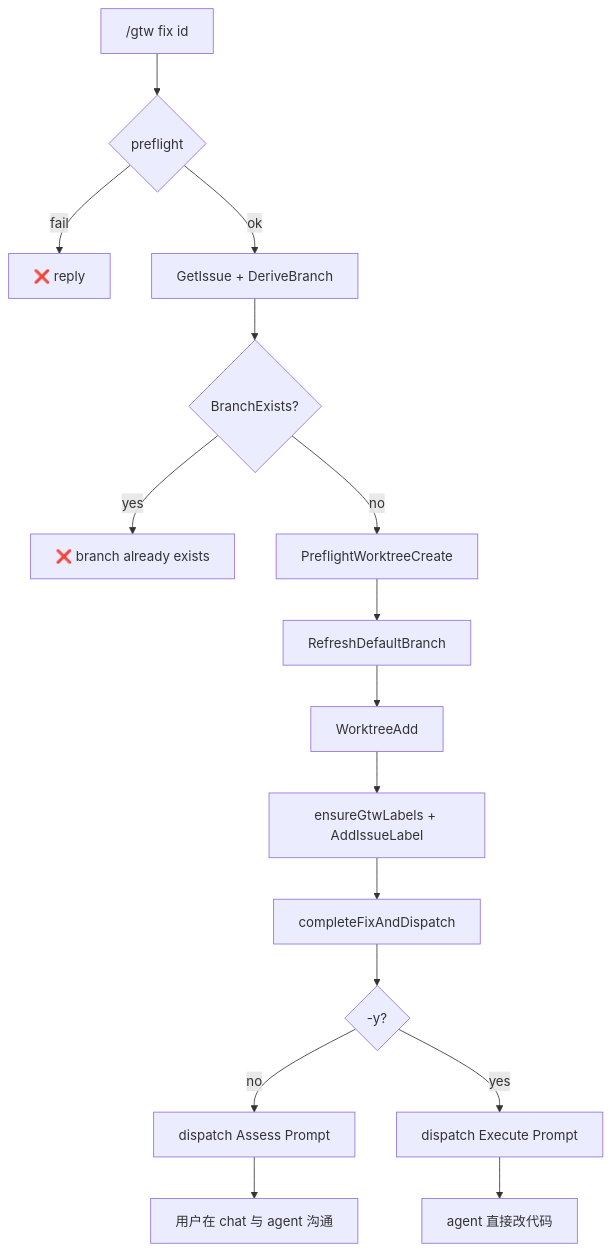
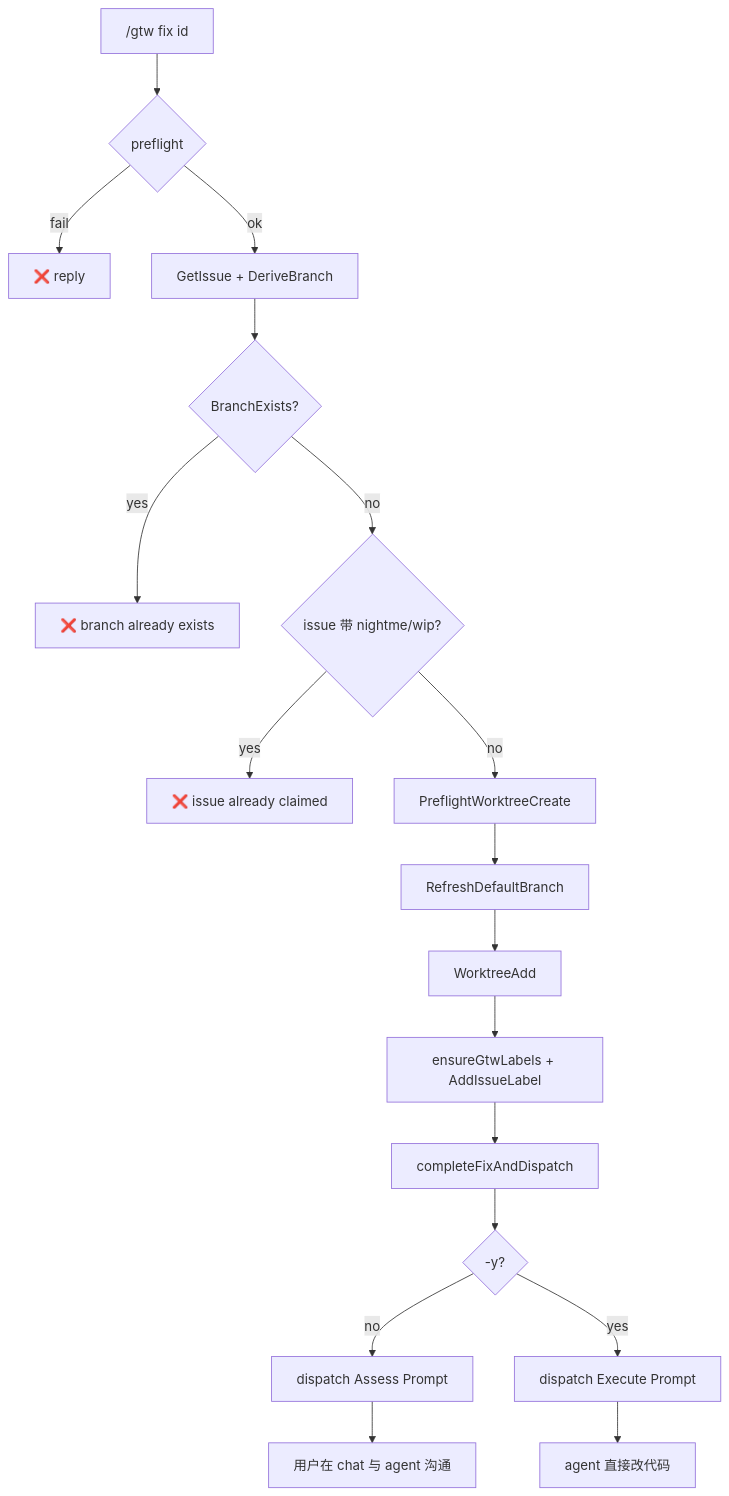
One commit to cnlangzi/nightme changed the diagram in docs/feat/F-gtw-fix.md. Above: the diagram before and after it, drawn with Mermaid. The commit also changed other lines of this file and 4 other files, not shown here.

Commit message:
fix(gtw): reject /gtw fix when the issue is already claimed (#456)

````diff
--- a/docs/feat/F-gtw-fix.md
+++ b/docs/feat/F-gtw-fix.md
@@ -98,18 +98,20 @@
 ```mermaid
 flowchart TD
     A["/gtw fix id"] --> B{preflight}
     B -->|fail| Z["❌ reply"]
     B -->|ok| C["GetIssue + DeriveBranch"]
     C --> D{BranchExists?}
     D -->|yes| E["❌ branch already exists"]
-    D -->|no| F["PreflightWorktreeCreate"]
-    F --> G["RefreshDefaultBranch"]
-    G --> H["WorktreeAdd"]
-    H --> I["ensureGtwLabels + AddIssueLabel"]
-    I --> J["completeFixAndDispatch"]
-    J --> K{"-y?"}
-    K -->|no| L["dispatch Assess Prompt"]
-    K -->|yes| M["dispatch Execute Prompt"]
-    L --> N["用户在 chat 与 agent 沟通"]
-    M --> O["agent 直接改代码"]
+    D -->|no| G{issue 带 nightme/wip?}
+    G -->|yes| H["❌ issue already claimed"]
+    G -->|no| F["PreflightWorktreeCreate"]
+    F --> I["RefreshDefaultBranch"]
+    I --> J["WorktreeAdd"]
+    J --> K["ensureGtwLabels + AddIssueLabel"]
+    K --> L["completeFixAndDispatch"]
+    L --> M{"-y?"}
+    M -->|no| N["dispatch Assess Prompt"]
+    M -->|yes| O["dispatch Execute Prompt"]
+    N --> P["用户在 chat 与 agent 沟通"]
+    O --> Q["agent 直接改代码"]
 ```
````
